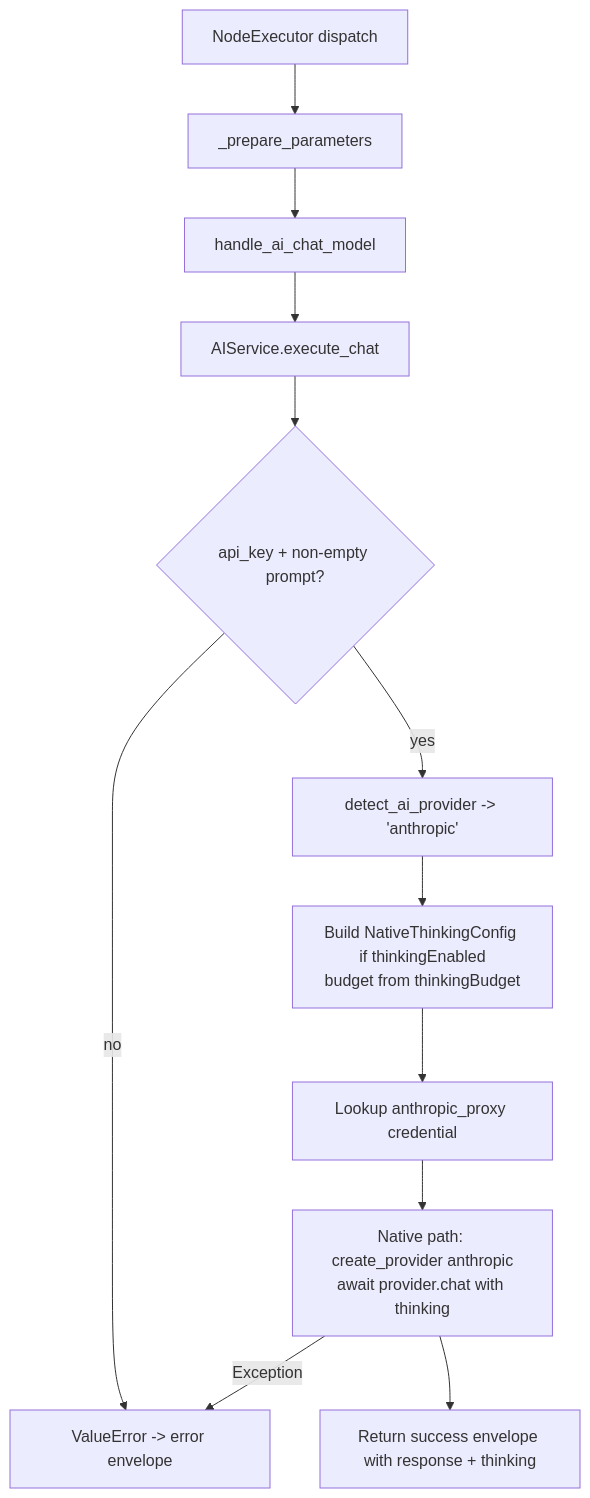
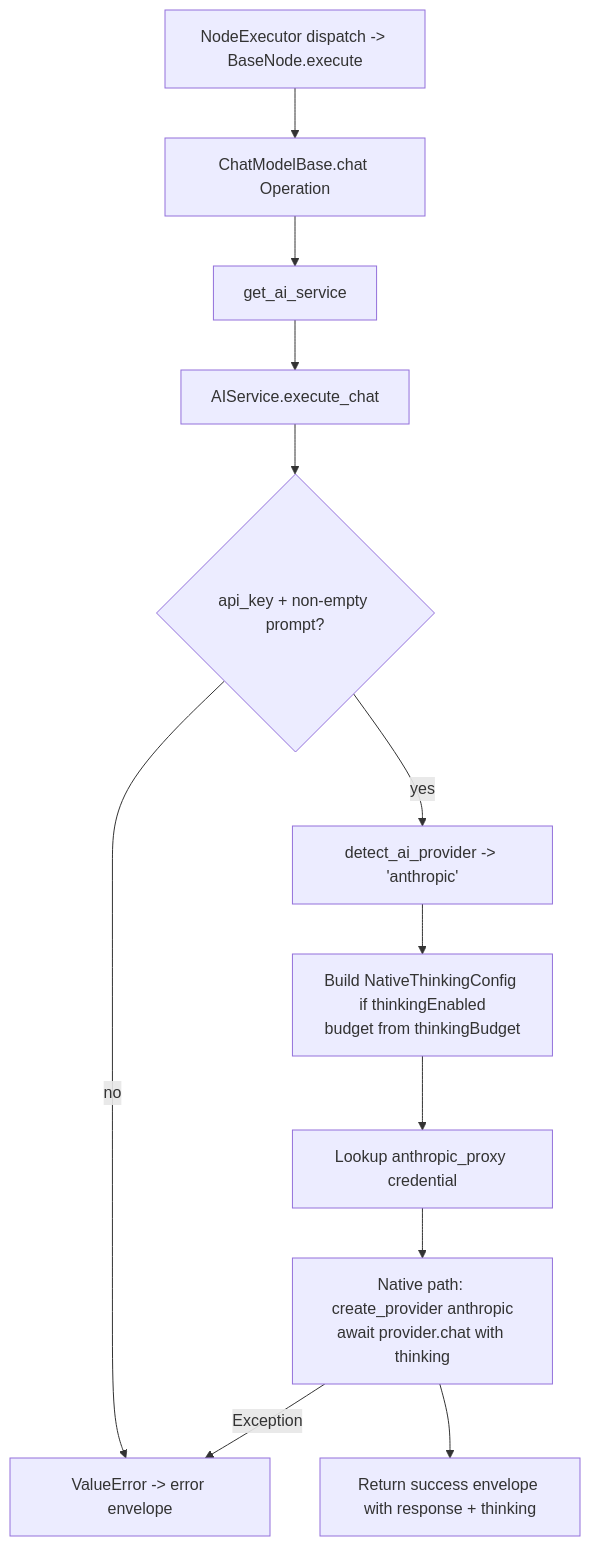
The diagram in docs-internal/node-logic-flows/ai_chat_models/anthropicChatModel.md (zeenie-ai/OpenCompany), drawn with Mermaid before and after one commit. The commit also changed other lines of this file and 132 other files, not shown here.

````diff
--- a/docs-internal/node-logic-flows/ai_chat_models/anthropicChatModel.md
+++ b/docs-internal/node-logic-flows/ai_chat_models/anthropicChatModel.md
@@ -62,14 +64,14 @@
 ```mermaid
 flowchart TD
-  A[NodeExecutor dispatch] --> B[_prepare_parameters]
-  B --> C[handle_ai_chat_model]
+  A[NodeExecutor dispatch -> BaseNode.execute] --> B[ChatModelBase.chat Operation]
+  B --> C[get_ai_service]
   C --> D[AIService.execute_chat]
   D --> E{api_key + non-empty prompt?}
   E -- no --> X[ValueError -> error envelope]
   E -- yes --> F[detect_ai_provider -> 'anthropic']
   F --> G[Build NativeThinkingConfig if thinkingEnabled<br/>budget from thinkingBudget]
   G --> H[Lookup anthropic_proxy credential]
   H --> I[Native path: create_provider anthropic<br/>await provider.chat with thinking]
   I --> J[Return success envelope with response + thinking]
   I -- Exception --> X
 ```
````
